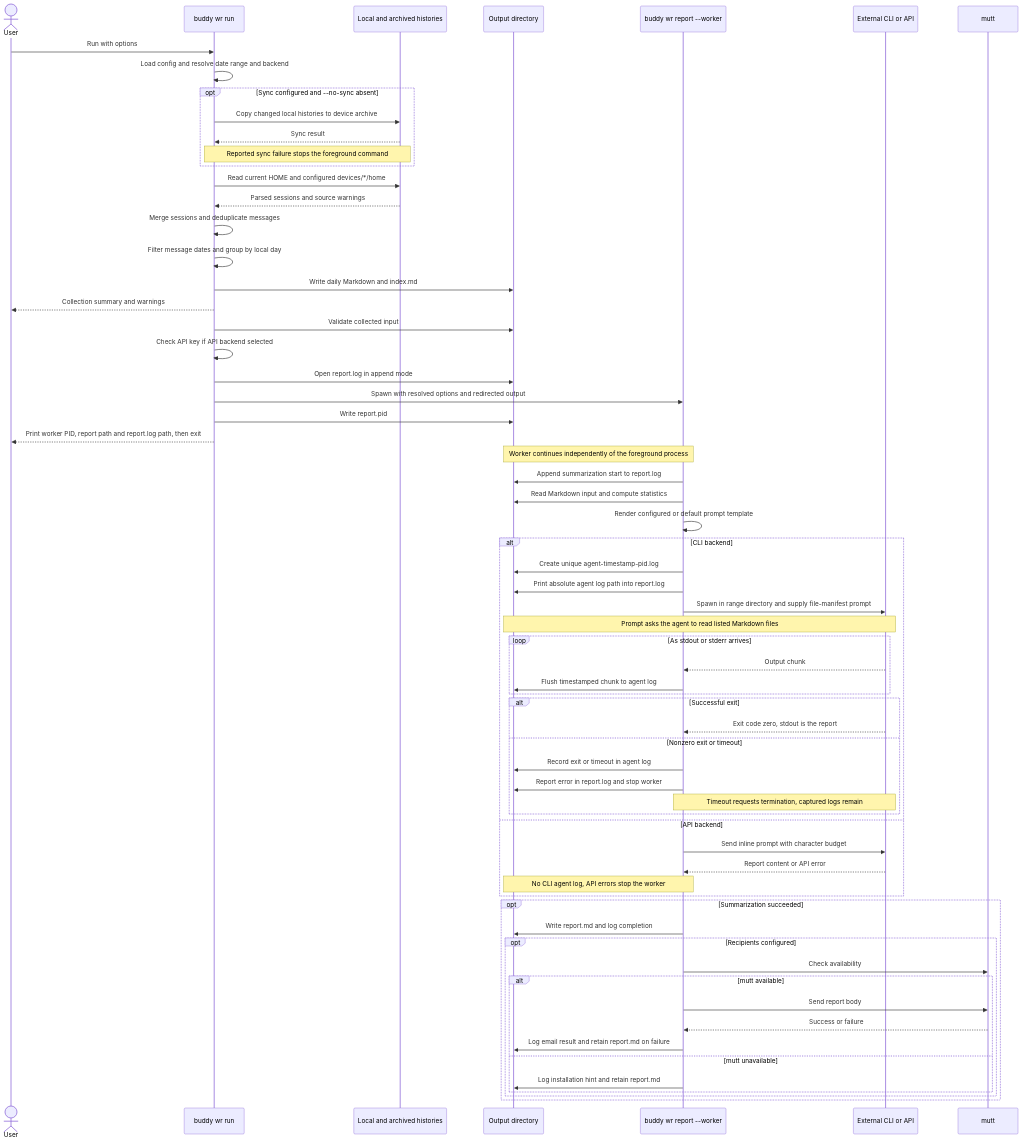
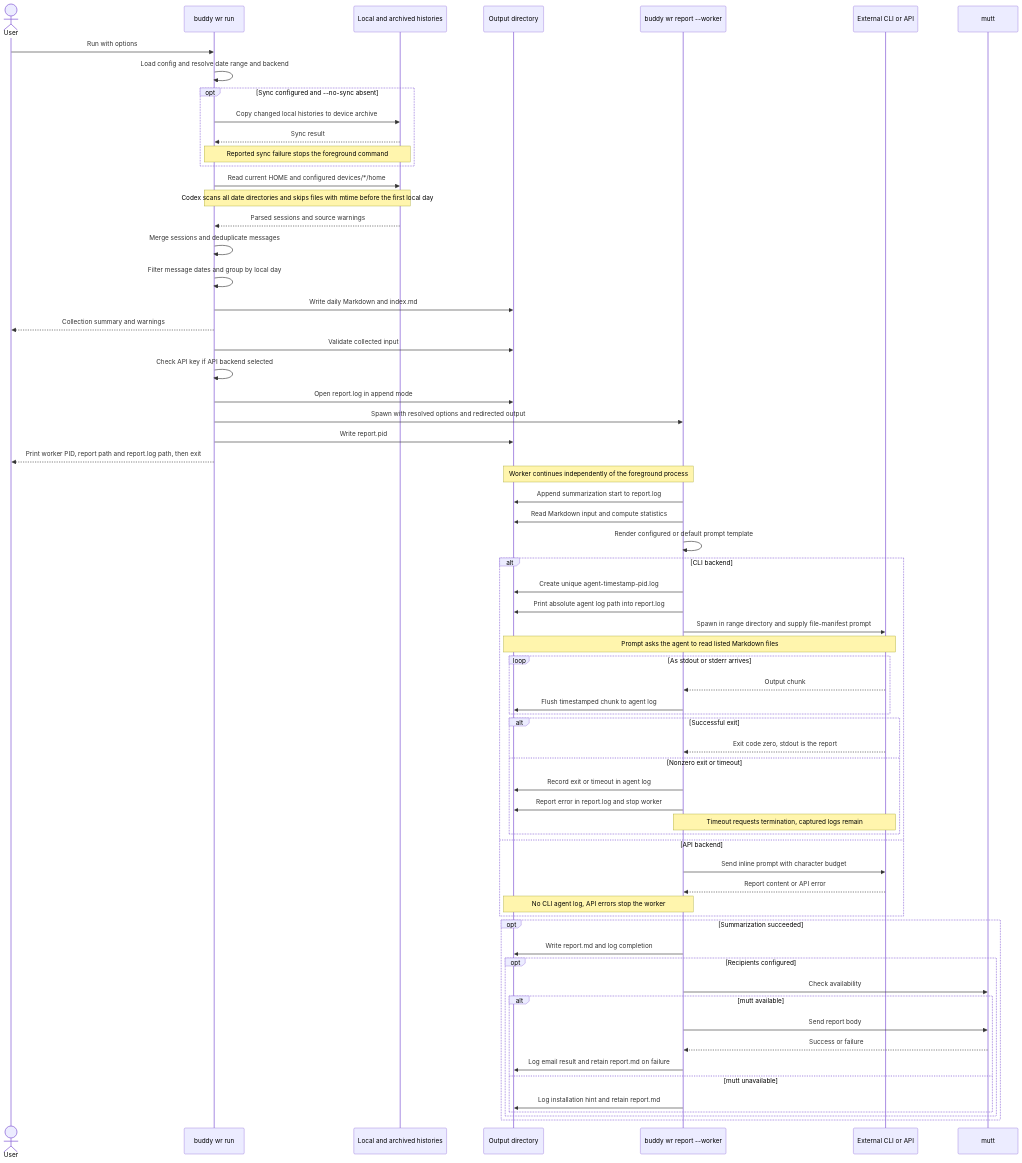
The diagram in docs/wr-run.md (Zhaoyilunnn/guarded-buddy), drawn with Mermaid before and after one commit. The commit also changed other lines of this file and 2 other files, not shown here.

Commit message:
fix: filter Codex history files by modification time

````diff
--- a/docs/wr-run.md
+++ b/docs/wr-run.md
@@ -7,68 +7,69 @@
 ```mermaid
 sequenceDiagram
     actor User
     participant CLI as buddy wr run
     participant Sources as Local and archived histories
     participant Files as Output directory
     participant Worker as buddy wr report --worker
     participant Agent as External CLI or API
     participant Mail as mutt
 
     User->>CLI: Run with options
     CLI->>CLI: Load config and resolve date range and backend
     opt Sync configured and --no-sync absent
         CLI->>Sources: Copy changed local histories to device archive
         Sources-->>CLI: Sync result
         Note over CLI,Sources: Reported sync failure stops the foreground command
     end
     CLI->>Sources: Read current HOME and configured devices/*/home
+    Note over CLI,Sources: Codex scans all date directories and skips files with mtime before the first local day
     Sources-->>CLI: Parsed sessions and source warnings
     CLI->>CLI: Merge sessions and deduplicate messages
     CLI->>CLI: Filter message dates and group by local day
     CLI->>Files: Write daily Markdown and index.md
     CLI-->>User: Collection summary and warnings
     CLI->>Files: Validate collected input
     CLI->>CLI: Check API key if API backend selected
     CLI->>Files: Open report.log in append mode
     CLI->>Worker: Spawn with resolved options and redirected output
     CLI->>Files: Write report.pid
     CLI-->>User: Print worker PID, report path and report.log path, then exit
     Note over Worker,Files: Worker continues independently of the foreground process
     Worker->>Files: Append summarization start to report.log
     Worker->>Files: Read Markdown input and compute statistics
     Worker->>Worker: Render configured or default prompt template
     alt CLI backend
         Worker->>Files: Create unique agent-timestamp-pid.log
         Worker->>Files: Print absolute agent log path into report.log
         Worker->>Agent: Spawn in range directory and supply file-manifest prompt
         Note over Agent,Files: Prompt asks the agent to read listed Markdown files
         loop As stdout or stderr arrives
             Agent-->>Worker: Output chunk
             Worker->>Files: Flush timestamped chunk to agent log
         end
         alt Successful exit
             Agent-->>Worker: Exit code zero, stdout is the report
         else Nonzero exit or timeout
             Worker->>Files: Record exit or timeout in agent log
             Worker->>Files: Report error in report.log and stop worker
             Note over Worker,Agent: Timeout requests termination, captured logs remain
         end
     else API backend
         Worker->>Agent: Send inline prompt with character budget
         Agent-->>Worker: Report content or API error
         Note over Worker,Files: No CLI agent log, API errors stop the worker
     end
     opt Summarization succeeded
         Worker->>Files: Write report.md and log completion
         opt Recipients configured
             Worker->>Mail: Check availability
             alt mutt available
                 Worker->>Mail: Send report body
                 Mail-->>Worker: Success or failure
                 Worker->>Files: Log email result and retain report.md on failure
             else mutt unavailable
                 Worker->>Files: Log installation hint and retain report.md
             end
         end
     end
 ```
````
